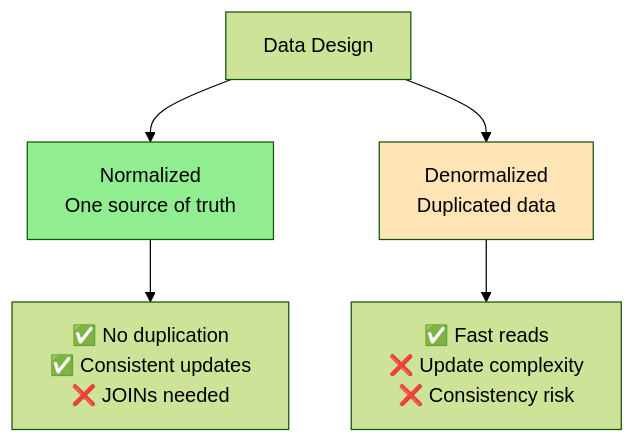
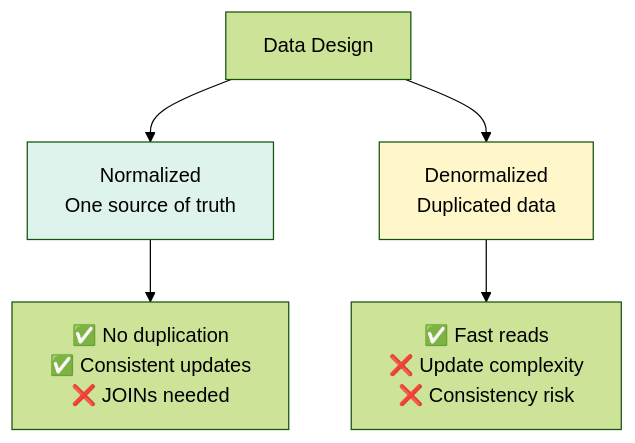
Before and after one commit to cartmancodes/InterviewVault: diagram 15 of 27 in LLD/CoreConcepts/DataModelling.md, drawn with Mermaid (forest theme). The commit also changed other lines of this file and 679 other files, not shown here.

Commit message:
Unify content diagrams and add accessible visual walkthroughs

````diff
--- a/LLD/CoreConcepts/DataModelling.md
+++ b/LLD/CoreConcepts/DataModelling.md
@@ -659,13 +659,13 @@
 ```mermaid
 graph TB
     START[Data Design]
     
     START --> NORM[Normalized<br/>One source of truth]
     START --> DENORM[Denormalized<br/>Duplicated data]
     
     NORM --> NORMP[✅ No duplication<br/>✅ Consistent updates<br/>❌ JOINs needed]
     DENORM --> DENORMP[✅ Fast reads<br/>❌ Update complexity<br/>❌ Consistency risk]
     
-    style NORM fill:#90EE90
-    style DENORM fill:#FFE4B5
+    style NORM fill:#DDF3EC
+    style DENORM fill:#FFF6C9
 ```
````
